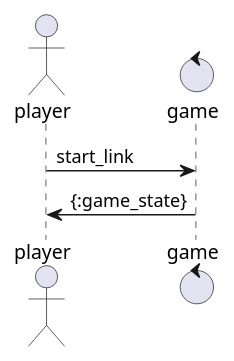
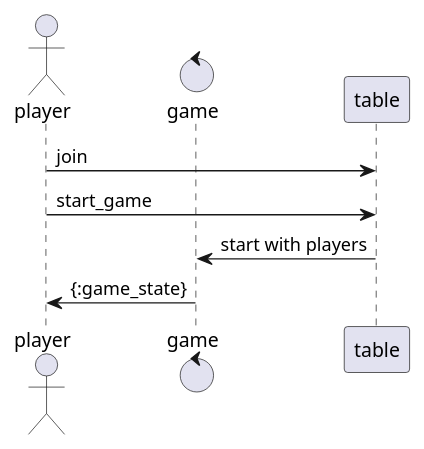
One commit to jannikbecher/schocken changed the diagram in README.org. Above: the diagram before and after it, drawn with PlantUML. The commit also changed other lines of this file and 2 other files, not shown here.

Commit message:
adding description of the differnt game states

```diff
--- a/README.org
+++ b/README.org
@@ -4,8 +5,10 @@
   #+begin_src plantuml :file test.png
     @startuml
     actor player
     control game
-    player -> game : start_link 
+    player -> table : join
+    player -> table : start_game
+    table -> game : start with players
     player <- game : {:game_state}
     @enduml
   #+end_src
```
